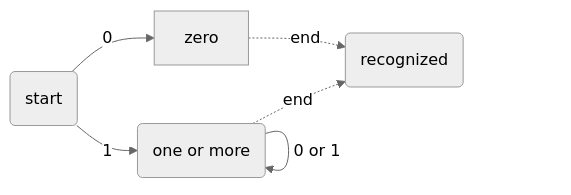
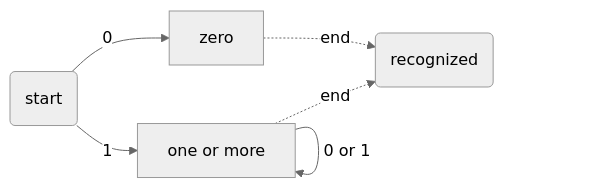
One commit to raganwald/raganwald.github.com changed the second of 3 diagrams in _posts/2019-02-14-i-love-programming-and-programmers.md. Above: the diagram before and after it, drawn with Mermaid (neutral theme). The commit also changed other lines of this file, not shown here.

```diff
--- a/_posts/2019-02-14-i-love-programming-and-programmers.md
+++ b/_posts/2019-02-14-i-love-programming-and-programmers.md
@@ -253,8 +253,8 @@
 <div class="mermaid">
   graph LR
     start(start)-->|0|zero
     zero-.->|end|recognized(recognized)
-    start-->|1|one(one or more)
+    start-->|1|one[one or more]
     one-->|0 or 1|one
     one-.->|end|recognized;
 </div>
```
